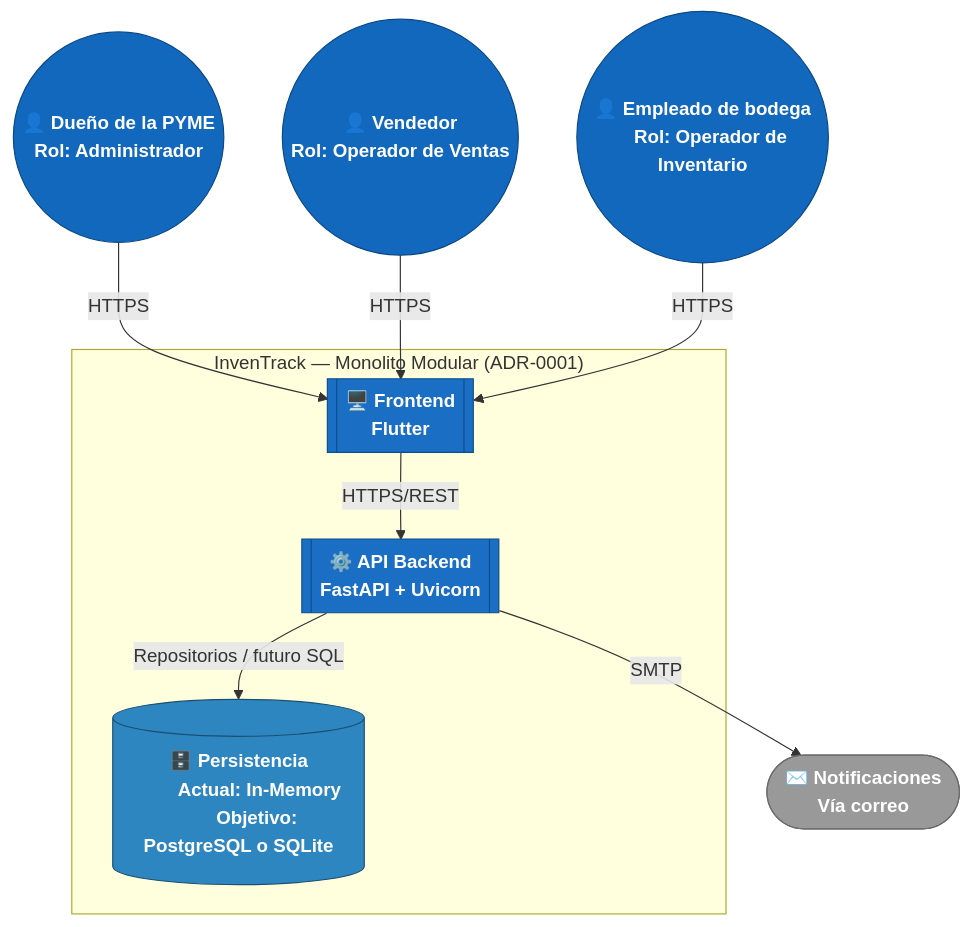
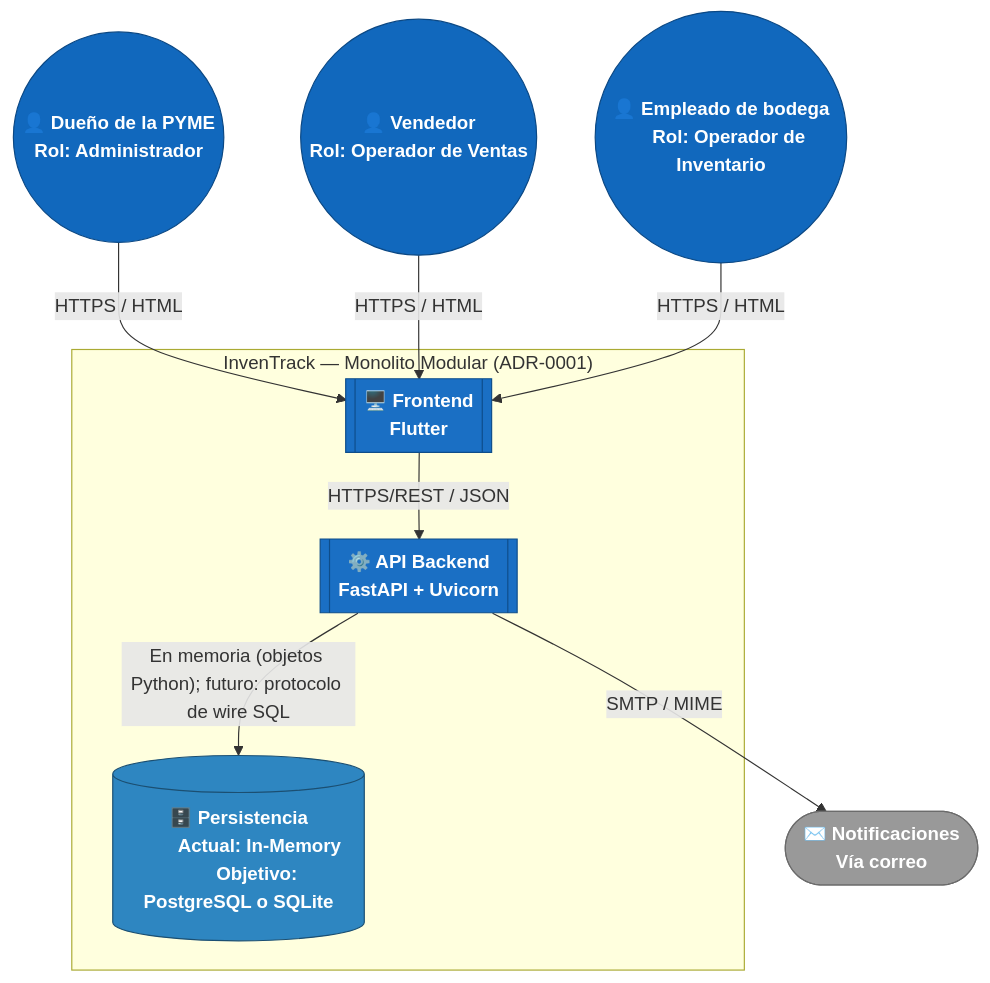
The first of 2 diagrams in docs/c4/containers.md (ISCOUTB/AS_202620_InvenTrack), drawn with Mermaid before and after one commit. The commit also changed 2 other files, not shown here.

Commit message:
fix: update API versioning documentation and enhance traceability details

````diff
--- a/docs/c4/containers.md
+++ b/docs/c4/containers.md
@@ -9,39 +9,39 @@
 ```mermaid
 flowchart TB
     Dueno(("👤 Dueño de la PYME
     Rol: Administrador"))
     Vendedor(("👤 Vendedor
     Rol: Operador de Ventas"))
     Empleado(("👤 Empleado de bodega
     Rol: Operador de Inventario"))
 
     subgraph InvenTrack["InvenTrack — Monolito Modular (ADR-0001)"]
         Web[["🖥️ Frontend
         Flutter"]]
         Api[["⚙️ API Backend
         FastAPI + Uvicorn"]]
         Db[("🗄️ Persistencia
         Actual: In-Memory
         Objetivo: PostgreSQL o SQLite")]
     end
 
     Notif(["✉️ Notificaciones
     Vía correo"])
 
-    Dueno -- HTTPS --> Web
-    Vendedor -- HTTPS --> Web
-    Empleado -- HTTPS --> Web
-    Web -- "HTTPS/REST" --> Api
-    Api -- "Repositorios / futuro SQL" --> Db
-    Api -- SMTP --> Notif
+    Dueno -- "HTTPS / HTML" --> Web
+    Vendedor -- "HTTPS / HTML" --> Web
+    Empleado -- "HTTPS / HTML" --> Web
+    Web -- "HTTPS/REST / JSON" --> Api
+    Api -- "En memoria (objetos Python); futuro: protocolo de wire SQL" --> Db
+    Api -- "SMTP / MIME" --> Notif
 
     classDef person fill:#1168bd,stroke:#0b4884,color:#ffffff,font-weight:bold
     classDef container fill:#1a6fc4,stroke:#0e4d8a,color:#ffffff,font-weight:bold
     classDef db fill:#2e86c1,stroke:#1b4f72,color:#ffffff,font-weight:bold
     classDef external fill:#999999,stroke:#6b6b6b,color:#ffffff,font-weight:bold
 
     class Dueno,Vendedor,Empleado person
     class Web,Api container
     class Db db
     class Notif external
 ```
````
